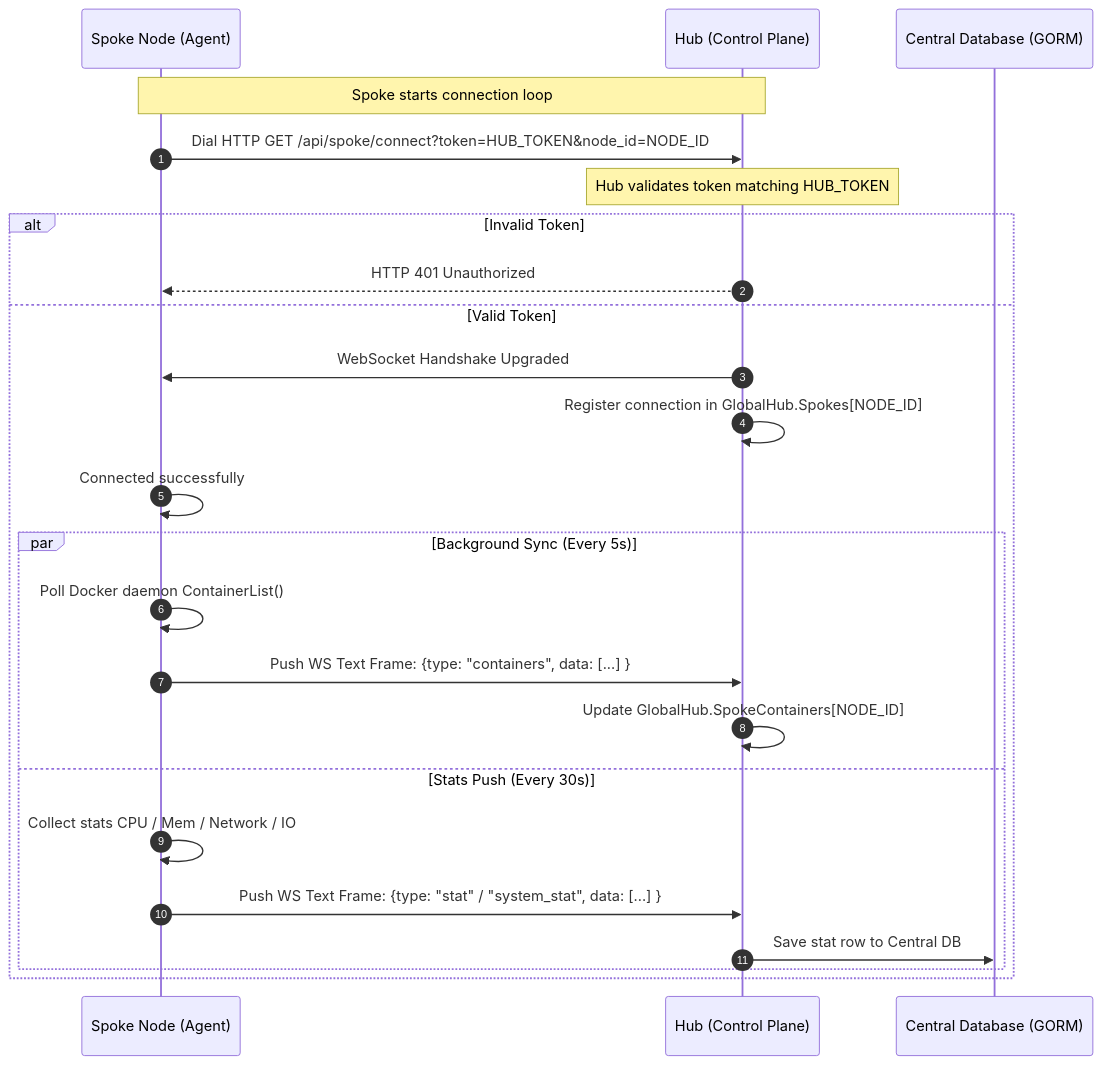
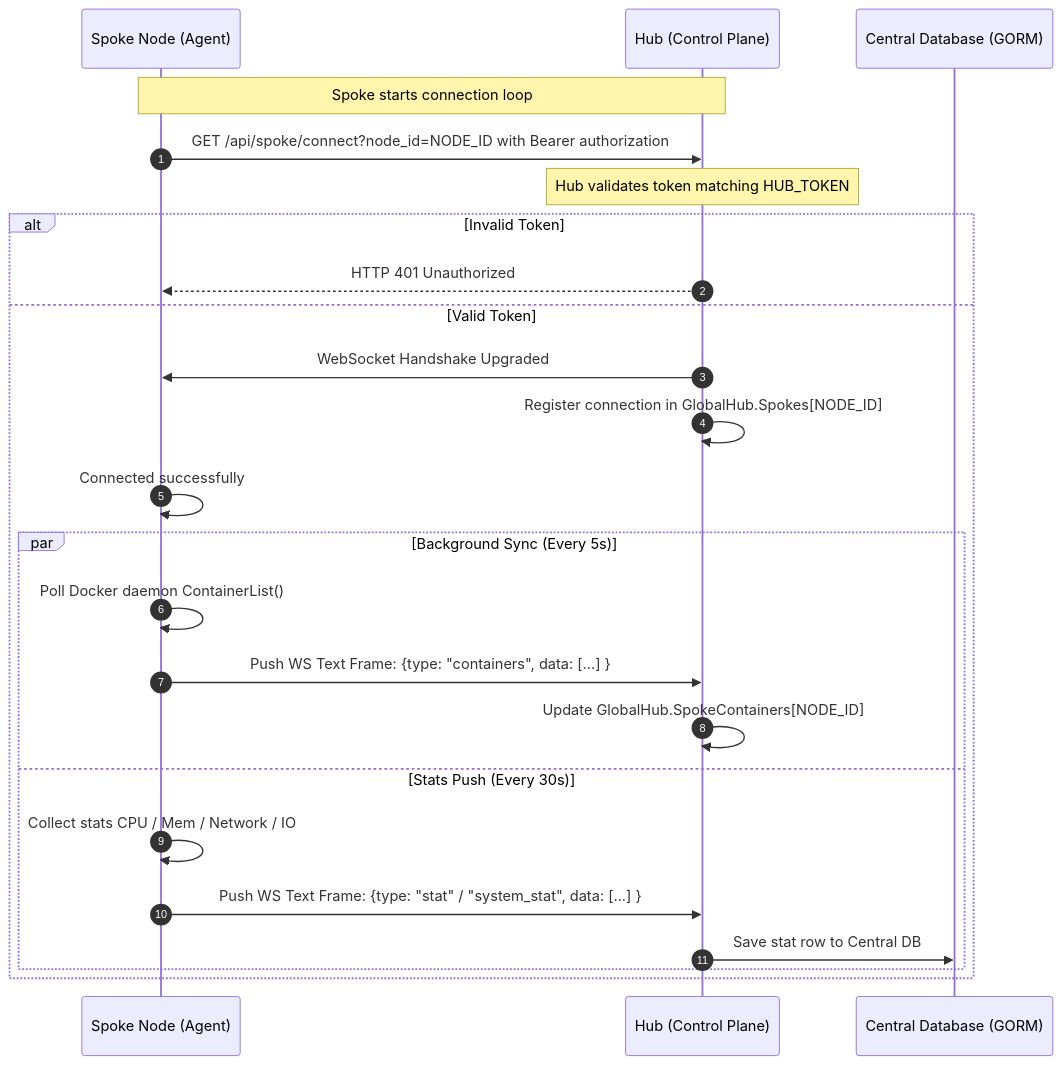
Before and after one commit to sharansutrapu/lighthouse: the second of 4 diagrams in README.md, drawn with Mermaid. The commit also changed other lines of this file and 4 other files, not shown here.

First line of the commit message:
docs: document hub/spoke deployment, upgrade review and verification matrix

````diff
--- a/README.md
+++ b/README.md
@@ -280,27 +299,27 @@
 ```mermaid
 sequenceDiagram
     autonumber
     participant Spoke as Spoke Node (Agent)
     participant Hub as Hub (Control Plane)
     participant DB as Central Database (GORM)
 
     Note over Spoke, Hub: Spoke starts connection loop
-    Spoke->>Hub: Dial HTTP GET /api/spoke/connect?token=HUB_TOKEN&node_id=NODE_ID
+    Spoke->>Hub: GET /api/spoke/connect?node_id=NODE_ID with Bearer authorization
     Note over Hub: Hub validates token matching HUB_TOKEN
     alt Invalid Token
         Hub-->>Spoke: HTTP 401 Unauthorized
     else Valid Token
         Hub->>Spoke: WebSocket Handshake Upgraded
         Hub->>Hub: Register connection in GlobalHub.Spokes[NODE_ID]
         Spoke->>Spoke: Connected successfully
         par Background Sync (Every 5s)
             Spoke->>Spoke: Poll Docker daemon ContainerList()
             Spoke->>Hub: Push WS Text Frame: {type: "containers", data: [...] }
             Hub->>Hub: Update GlobalHub.SpokeContainers[NODE_ID]
         and Stats Push (Every 30s)
             Spoke->>Spoke: Collect stats CPU / Mem / Network / IO
             Spoke->>Hub: Push WS Text Frame: {type: "stat" / "system_stat", data: [...] }
             Hub->>DB: Save stat row to Central DB
         end
     end
 ```
````
